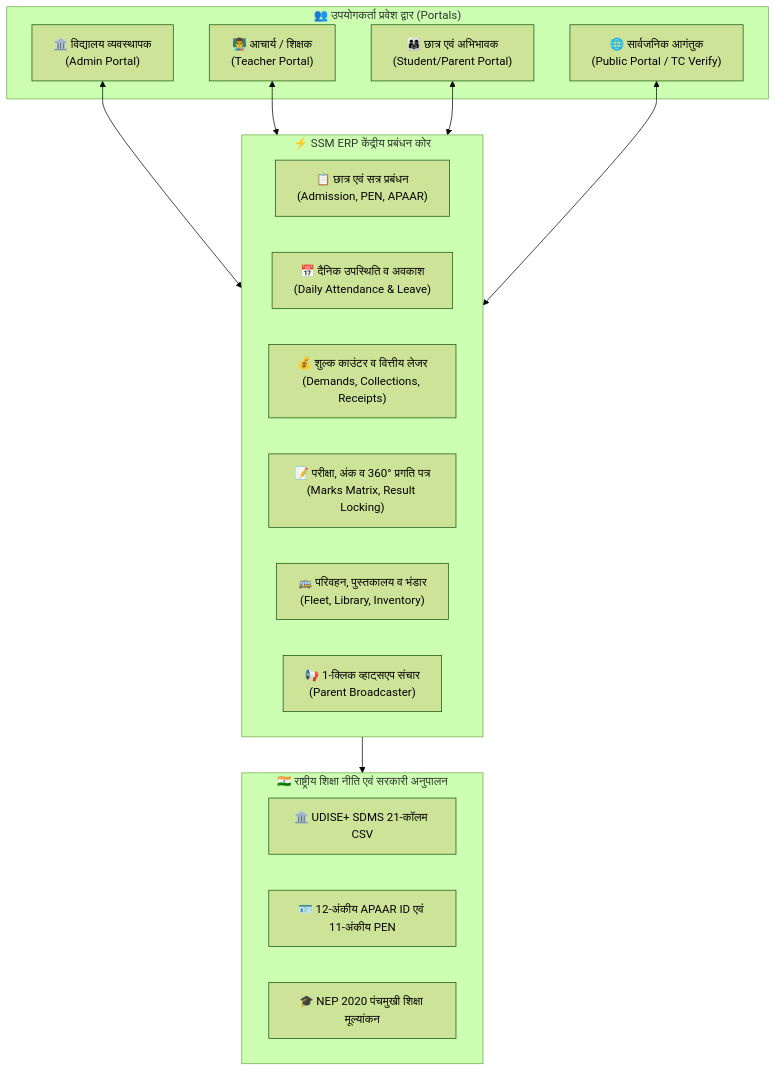
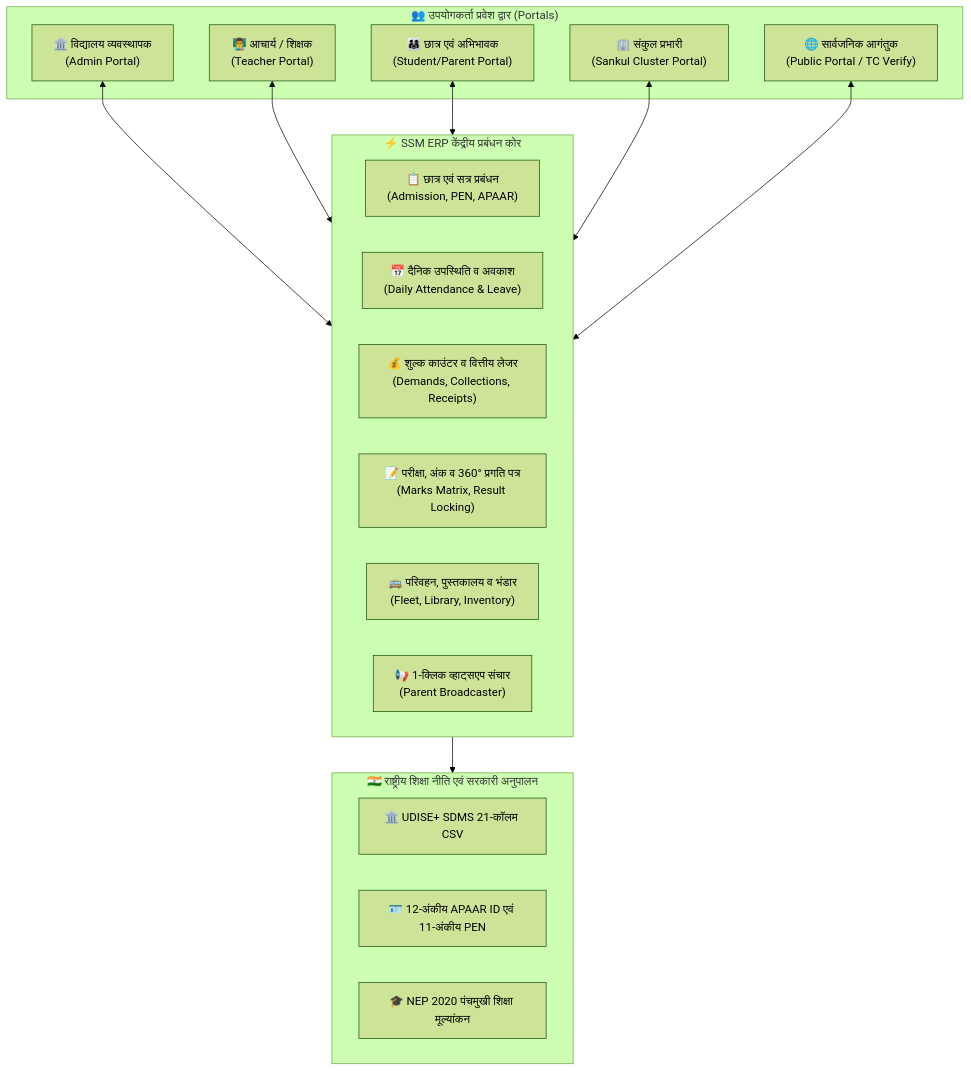
Before and after one commit to Paras65/SSM: the first of 6 diagrams in docs/USER_MANUAL.md, drawn with Mermaid (forest theme). The commit also changed other lines of this file and 7 other files, not shown here.

Commit message:
feat: add Sankul Prabhari Cluster Oversight Portal, public showcase & docs

````diff
--- a/docs/USER_MANUAL.md
+++ b/docs/USER_MANUAL.md
@@ -60,30 +61,32 @@
 ```mermaid
 flowchart TD
     subgraph Users["👥 उपयोगकर्ता प्रवेश द्वार (Portals)"]
         A["🏛️ विद्यालय व्यवस्थापक<br/>(Admin Portal)"]
         B["👨‍🏫 आचार्य / शिक्षक<br/>(Teacher Portal)"]
         C["👨‍👩‍👧 छात्र एवं अभिभावक<br/>(Student/Parent Portal)"]
+        SP["🏢 संकुल प्रभारी<br/>(Sankul Cluster Portal)"]
         D["🌐 सार्वजनिक आगंतुक<br/>(Public Portal / TC Verify)"]
     end
 
     subgraph Core["⚡ SSM ERP केंद्रीय प्रबंधन कोर"]
         M1["📋 छात्र एवं सत्र प्रबंधन<br/>(Admission, PEN, APAAR)"]
         M2["📅 दैनिक उपस्थिति व अवकाश<br/>(Daily Attendance & Leave)"]
         M3["💰 शुल्क काउंटर व वित्तीय लेजर<br/>(Demands, Collections, Receipts)"]
         M4["📝 परीक्षा, अंक व 360° प्रगति पत्र<br/>(Marks Matrix, Result Locking)"]
         M5["🚌 परिवहन, पुस्तकालय व भंडार<br/>(Fleet, Library, Inventory)"]
         M6["📢 1-क्लिक व्हाट्सएप संचार<br/>(Parent Broadcaster)"]
     end
 
     subgraph Govt["🇮🇳 राष्ट्रीय शिक्षा नीति एवं सरकारी अनुपालन"]
         G1["🏛️ UDISE+ SDMS 21-कॉलम CSV"]
         G2["🪪 12-अंकीय APAAR ID एवं 11-अंकीय PEN"]
         G3["🎓 NEP 2020 पंचमुखी शिक्षा मूल्यांकन"]
     end
 
     A <--> Core
     B <--> Core
     C <--> Core
+    SP <--> Core
     D <--> Core
     Core --> Govt
 ```
````
